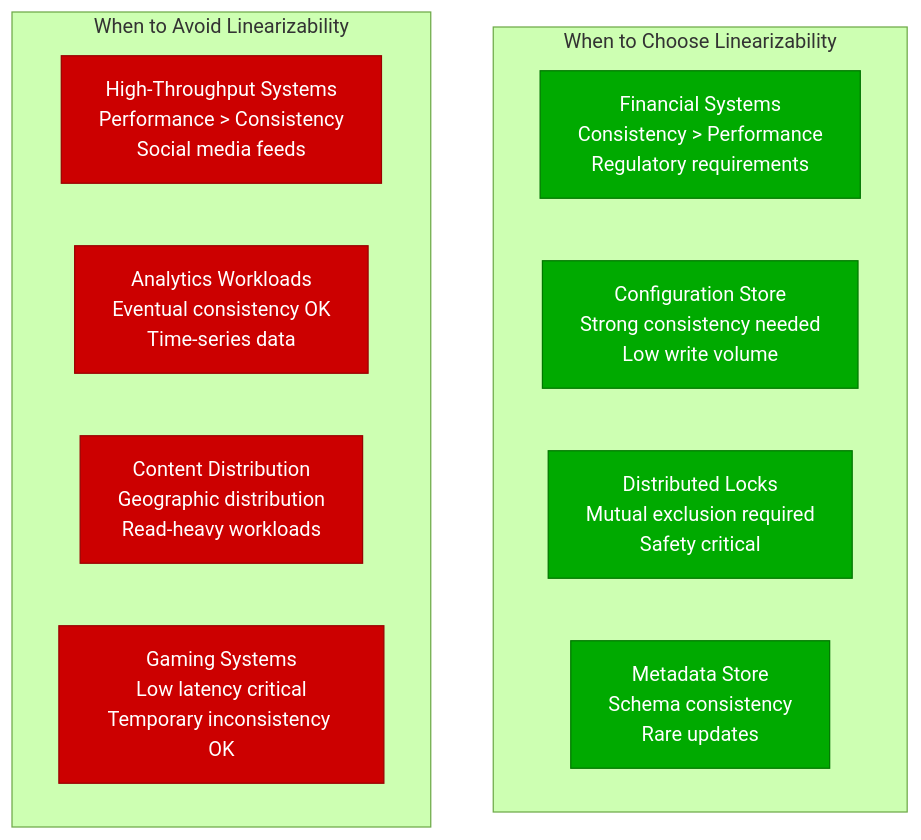
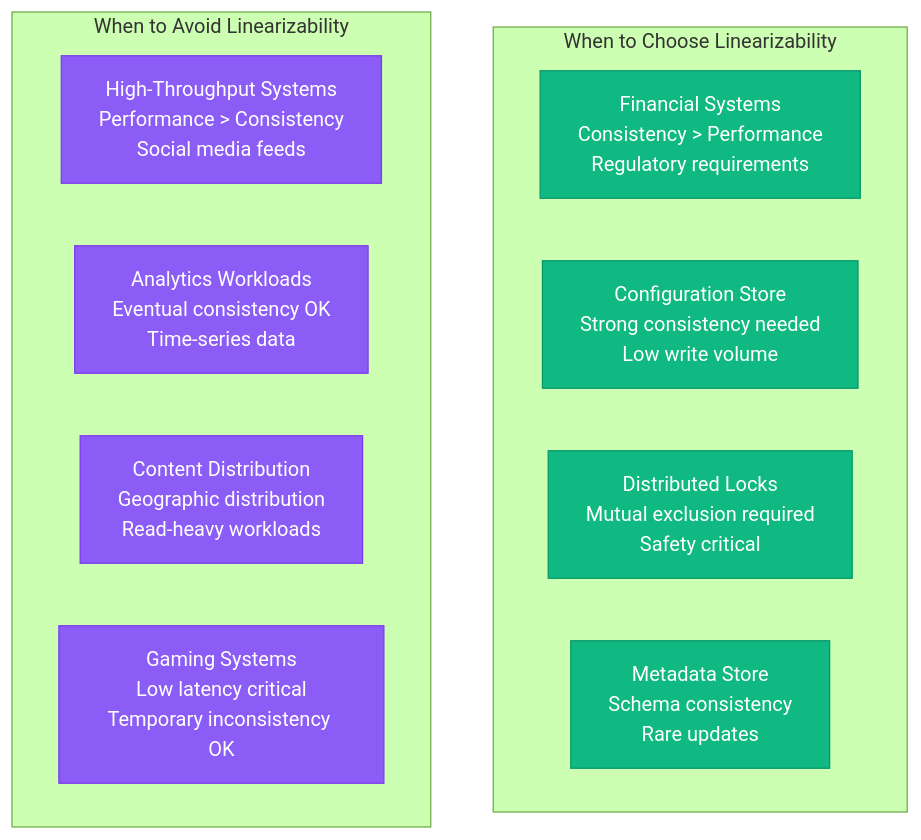
Before and after one commit to deepaucksharma/DS: the tenth of 10 diagrams in site/docs/guarantees/linearizability/linearizability-performance.md, drawn with Mermaid (forest theme). The commit also changed other lines of this file and 303 other files, not shown here.

````diff
--- a/site/docs/guarantees/linearizability/linearizability-performance.md
+++ b/site/docs/guarantees/linearizability/linearizability-performance.md
@@ -372,22 +372,22 @@
 ```mermaid
 graph TB
     subgraph UseLinearizability[When to Choose Linearizability]
         UL1[Financial Systems<br/>Consistency > Performance<br/>Regulatory requirements]
         UL2[Configuration Store<br/>Strong consistency needed<br/>Low write volume]
         UL3[Distributed Locks<br/>Mutual exclusion required<br/>Safety critical]
         UL4[Metadata Store<br/>Schema consistency<br/>Rare updates]
     end
 
     subgraph AvoidLinearizability[When to Avoid Linearizability]
         AL1[High-Throughput Systems<br/>Performance > Consistency<br/>Social media feeds]
         AL2[Analytics Workloads<br/>Eventual consistency OK<br/>Time-series data]
         AL3[Content Distribution<br/>Geographic distribution<br/>Read-heavy workloads]
         AL4[Gaming Systems<br/>Low latency critical<br/>Temporary inconsistency OK]
     end
 
-    classDef useStyle fill:#00AA00,stroke:#007700,color:#fff
-    classDef avoidStyle fill:#CC0000,stroke:#990000,color:#fff
+    classDef useStyle fill:#10B981,stroke:#059669,color:#fff
+    classDef avoidStyle fill:#8B5CF6,stroke:#7C3AED,color:#fff
 
     class UL1,UL2,UL3,UL4 useStyle
     class AL1,AL2,AL3,AL4 avoidStyle
 ```
````
